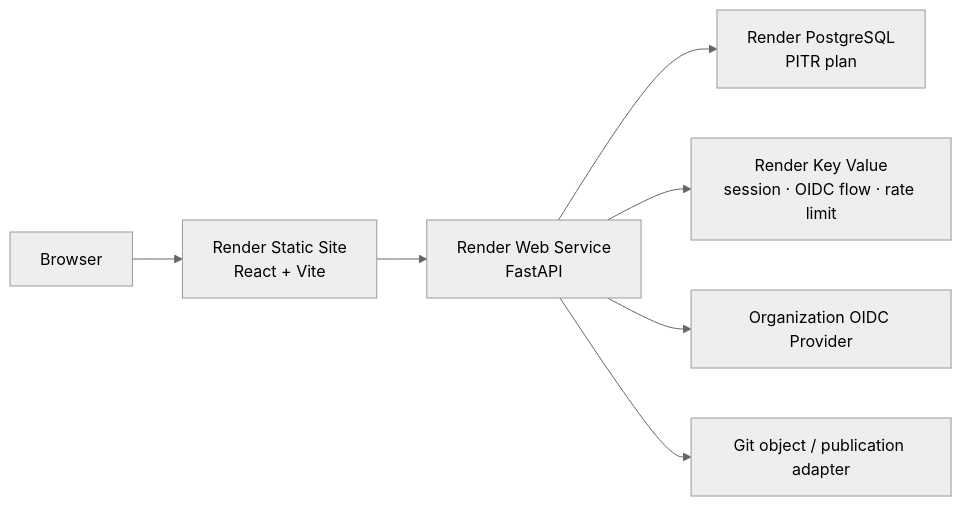
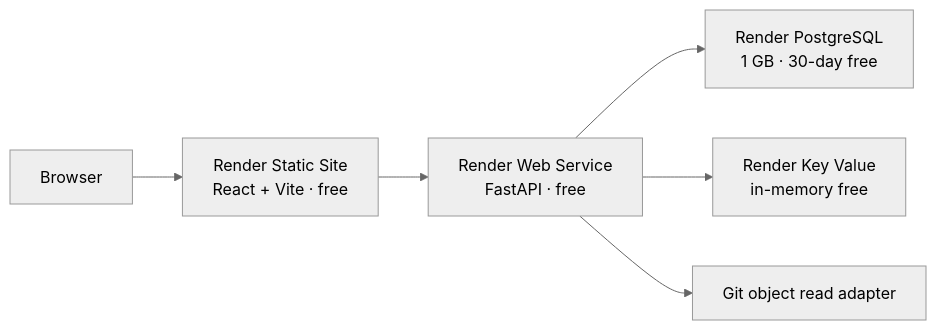
Before and after one commit to seadonggyun4/ai-context-collab-mvp: the diagram in docs/context-collaboration-console/engineering/render-deployment.md, drawn with Mermaid (neutral theme). The commit also changed other lines of this file and 27 other files, not shown here.

Commit message:
feat: prepare free Render deploy and reserve console rights

````diff
--- a/docs/context-collaboration-console/engineering/render-deployment.md
+++ b/docs/context-collaboration-console/engineering/render-deployment.md
@@ -7,9 +7,8 @@
 ```mermaid
 flowchart LR
-    USER["Browser"] --> WEB["Render Static Site\nReact + Vite"]
-    WEB --> API["Render Web Service\nFastAPI"]
-    API --> DB["Render PostgreSQL\nPITR plan"]
-    API --> KV["Render Key Value\nsession · OIDC flow · rate limit"]
-    API --> OIDC["Organization OIDC Provider"]
-    API --> GIT["Git object / publication adapter"]
+    USER["Browser"] --> WEB["Render Static Site\nReact + Vite · free"]
+    WEB --> API["Render Web Service\nFastAPI · free"]
+    API --> DB["Render PostgreSQL\n1 GB · 30-day free"]
+    API --> KV["Render Key Value\nin-memory free"]
+    API --> GIT["Git object read adapter"]
 ```
````
